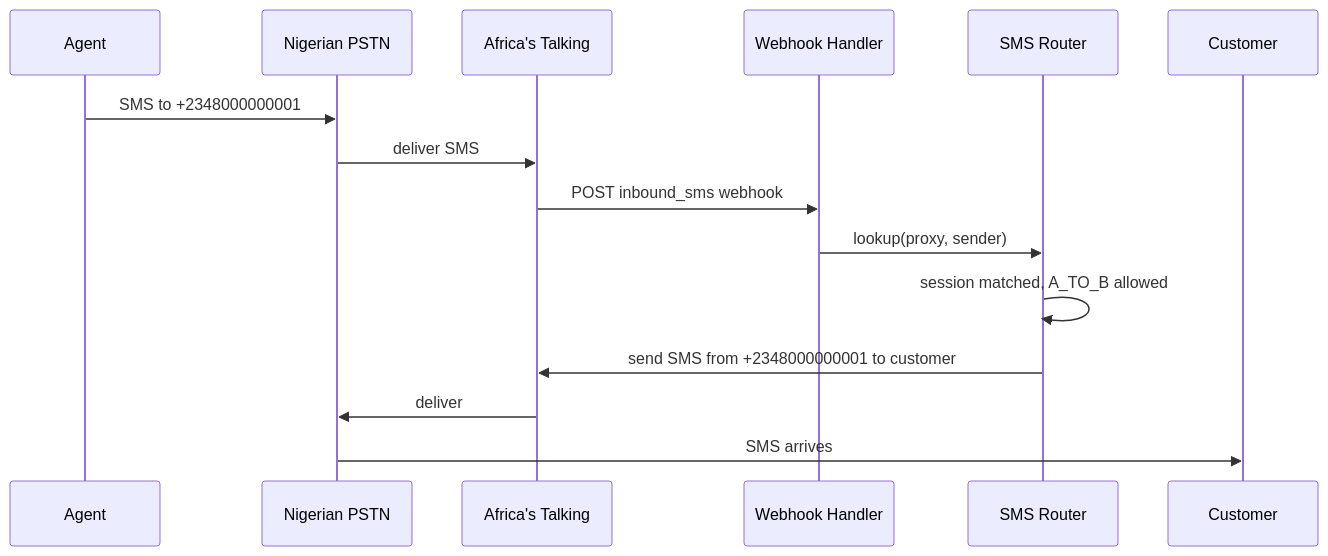
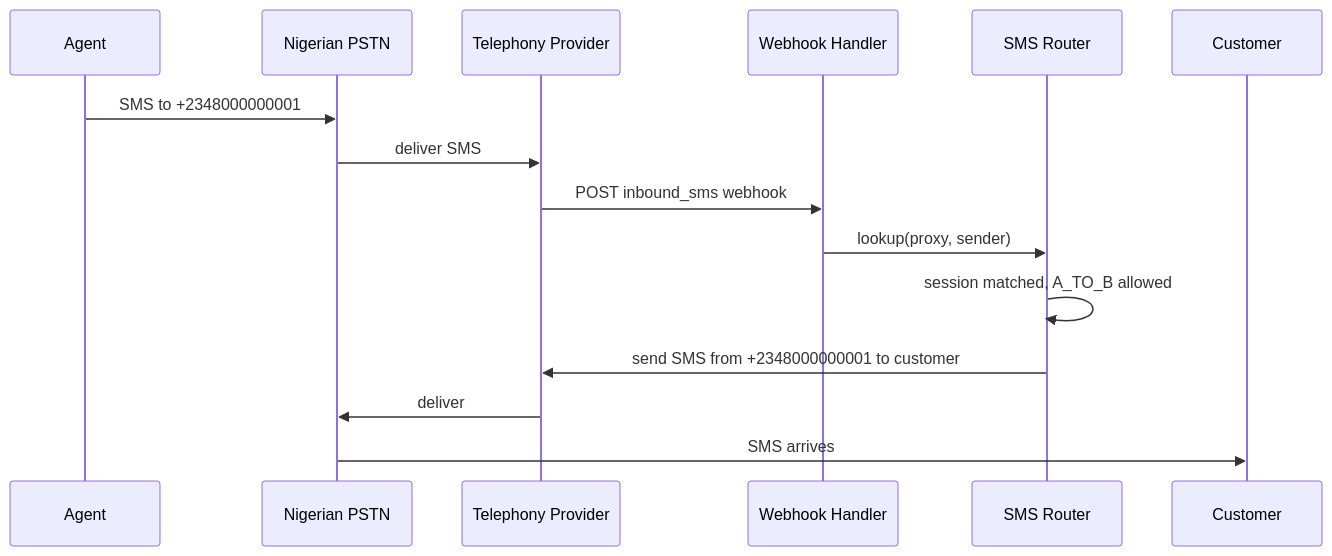
One commit to cicanda/relavoi-docs changed the diagram in docs/guides/sms-masking.md. Above: the diagram before and after it, drawn with Mermaid. The commit also changed 10 other files, not shown here.

````diff
--- a/docs/guides/sms-masking.md
+++ b/docs/guides/sms-masking.md
@@ -13,18 +13,18 @@
 ```mermaid
 sequenceDiagram
   participant Agent
   participant Telco as Nigerian PSTN
-  participant AT as Africa's Talking
+  participant AT as Telephony Provider
   participant WH as Webhook Handler
   participant Router as SMS Router
   participant Customer
 
   Agent->>Telco: SMS to +2348000000001
   Telco->>AT: deliver SMS
   AT->>WH: POST inbound_sms webhook
   WH->>Router: lookup(proxy, sender)
   Router->>Router: session matched, A_TO_B allowed
   Router->>AT: send SMS from +2348000000001 to customer
   AT->>Telco: deliver
   Telco->>Customer: SMS arrives
 ```
````
